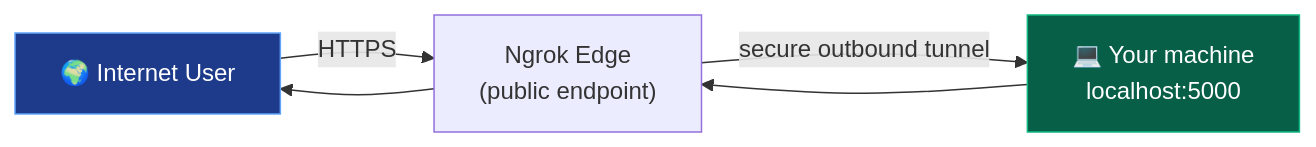
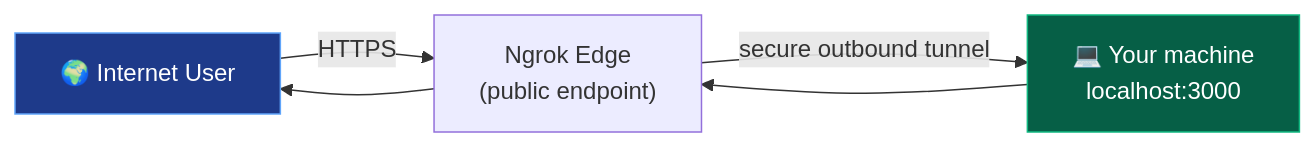
One commit to Ahnafshariar/ngrok-Deployment changed the diagram in README.md. Above: the diagram before and after it, drawn with Mermaid. The commit also changed other lines of this file, not shown here.

````diff
--- a/README.md
+++ b/README.md
@@ -55,8 +65,8 @@
 ```mermaid
 flowchart LR
     U["🌍 Internet User"] -->|HTTPS| N["Ngrok Edge<br/>(public endpoint)"]
-    N -->|secure outbound tunnel| L["💻 Your machine<br/>localhost:5000"]
+    N -->|secure outbound tunnel| L["💻 Your machine<br/>localhost:3000"]
     L --> N --> U
     style U fill:#1e3a8a,stroke:#60a5fa,color:#fff
     style L fill:#065f46,stroke:#10b981,color:#fff
 ```
````
